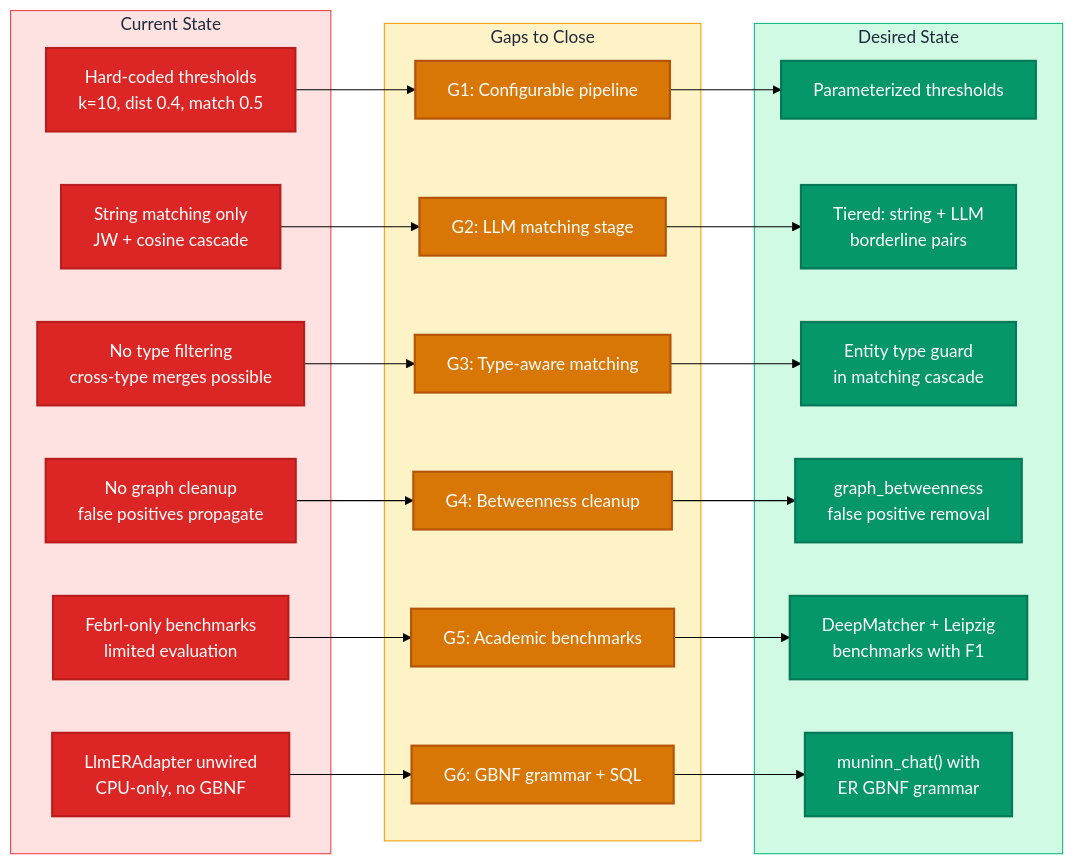
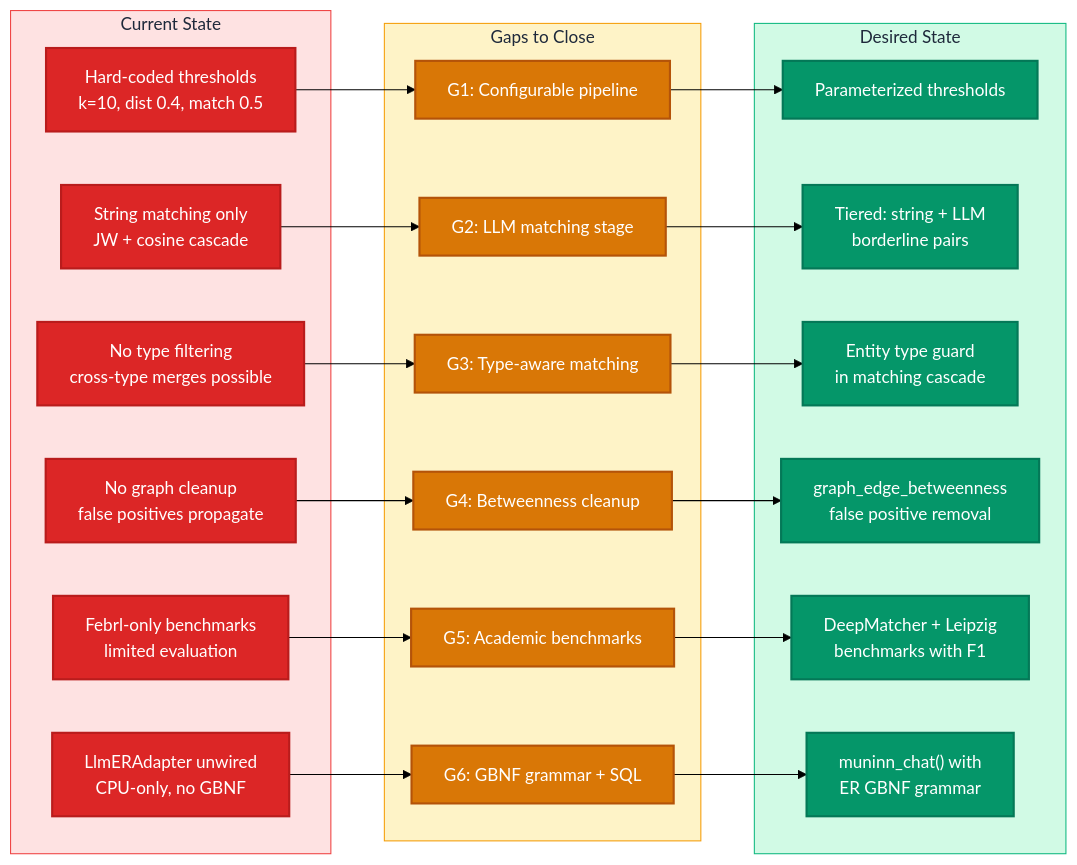
Before and after one commit to neozenith/sqlite-muninn: the third of 4 diagrams in docs/plans/er/00_gap_analysis.md, drawn with Mermaid (forest theme). The commit also changed other lines of this file and 10 other files, not shown here.

Commit message:
Add graph edge betweenness pruning of ERs

````diff
--- a/docs/plans/er/00_gap_analysis.md
+++ b/docs/plans/er/00_gap_analysis.md
@@ -247,44 +247,44 @@
 ```mermaid
 flowchart LR
     subgraph Current["Current State"]
         C1["Hard-coded thresholds<br/>k=10, dist 0.4, match 0.5"]:::currentNode
         C2["String matching only<br/>JW + cosine cascade"]:::currentNode
         C3["No type filtering<br/>cross-type merges possible"]:::currentNode
         C4["No graph cleanup<br/>false positives propagate"]:::currentNode
         C5["Febrl-only benchmarks<br/>limited evaluation"]:::currentNode
         C6["LlmERAdapter unwired<br/>CPU-only, no GBNF"]:::currentNode
     end
 
     subgraph Gaps["Gaps to Close"]
         G1["G1: Configurable pipeline"]:::gapNode
         G2["G2: LLM matching stage"]:::gapNode
         G3["G3: Type-aware matching"]:::gapNode
         G4["G4: Betweenness cleanup"]:::gapNode
         G5["G5: Academic benchmarks"]:::gapNode
         G6["G6: GBNF grammar + SQL"]:::gapNode
     end
 
     subgraph Desired["Desired State"]
         D1["Parameterized thresholds"]:::desiredNode
         D2["Tiered: string + LLM<br/>borderline pairs"]:::desiredNode
         D3["Entity type guard<br/>in matching cascade"]:::desiredNode
-        D4["graph_betweenness<br/>false positive removal"]:::desiredNode
+        D4["graph_edge_betweenness<br/>false positive removal"]:::desiredNode
         D5["DeepMatcher + Leipzig<br/>benchmarks with F1"]:::desiredNode
         D6["muninn_chat() with<br/>ER GBNF grammar"]:::desiredNode
     end
 
     C1 --> G1 --> D1
     C2 --> G2 --> D2
     C3 --> G3 --> D3
     C4 --> G4 --> D4
     C5 --> G5 --> D5
     C6 --> G6 --> D6
 
     classDef currentNode  fill:#dc2626,stroke:#b91c1c,color:#fff,stroke-width:2px
     classDef gapNode      fill:#d97706,stroke:#b45309,color:#fff,stroke-width:2px
     classDef desiredNode  fill:#059669,stroke:#047857,color:#fff,stroke-width:2px
 
     style Current fill:#fee2e2,stroke:#ef4444,color:#1e293b
     style Gaps fill:#fef3c7,stroke:#f59e0b,color:#1e293b
     style Desired fill:#d1fae5,stroke:#10b981,color:#1e293b
 ```
````
